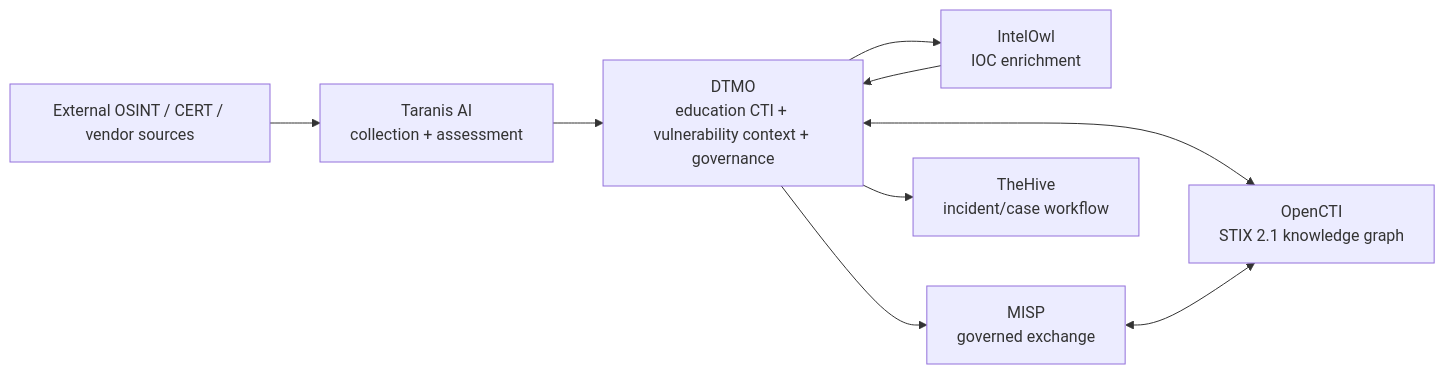
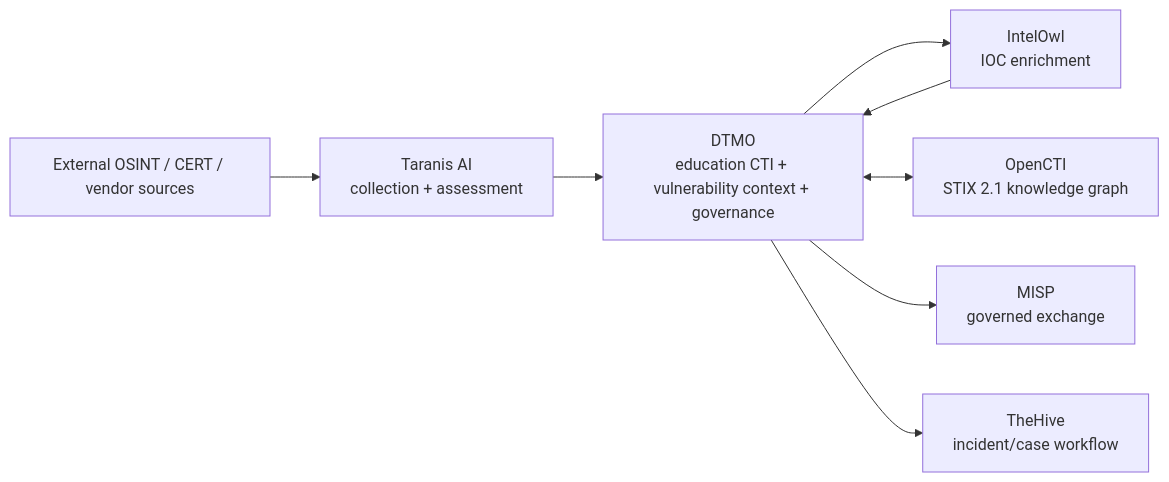
One commit to GJvManen/dtmo changed the first of 2 diagrams in docs/roadmap/PLATFORM_INDUSTRIALISATION_ROADMAP.md. Above: the diagram before and after it, drawn with Mermaid. The commit also changed other lines of this file, not shown here.

Commit message:
Advance roadmap to Phase 11.5 MISP contract validation

````diff
--- a/docs/roadmap/PLATFORM_INDUSTRIALISATION_ROADMAP.md
+++ b/docs/roadmap/PLATFORM_INDUSTRIALISATION_ROADMAP.md
@@ -14,11 +14,10 @@
 ```mermaid
 flowchart LR
     EXT[External OSINT / CERT / vendor sources] --> TAR[Taranis AI\ncollection + assessment]
     TAR --> DTMO[DTMO\neducation CTI + vulnerability context + governance]
     DTMO --> OWL[IntelOwl\nIOC enrichment]
     OWL --> DTMO
     DTMO <--> OCTI[OpenCTI\nSTIX 2.1 knowledge graph]
     DTMO --> MISP[MISP\ngoverned exchange]
     DTMO --> HIVE[TheHive\nincident/case workflow]
-    MISP <--> OCTI
 ```
````
